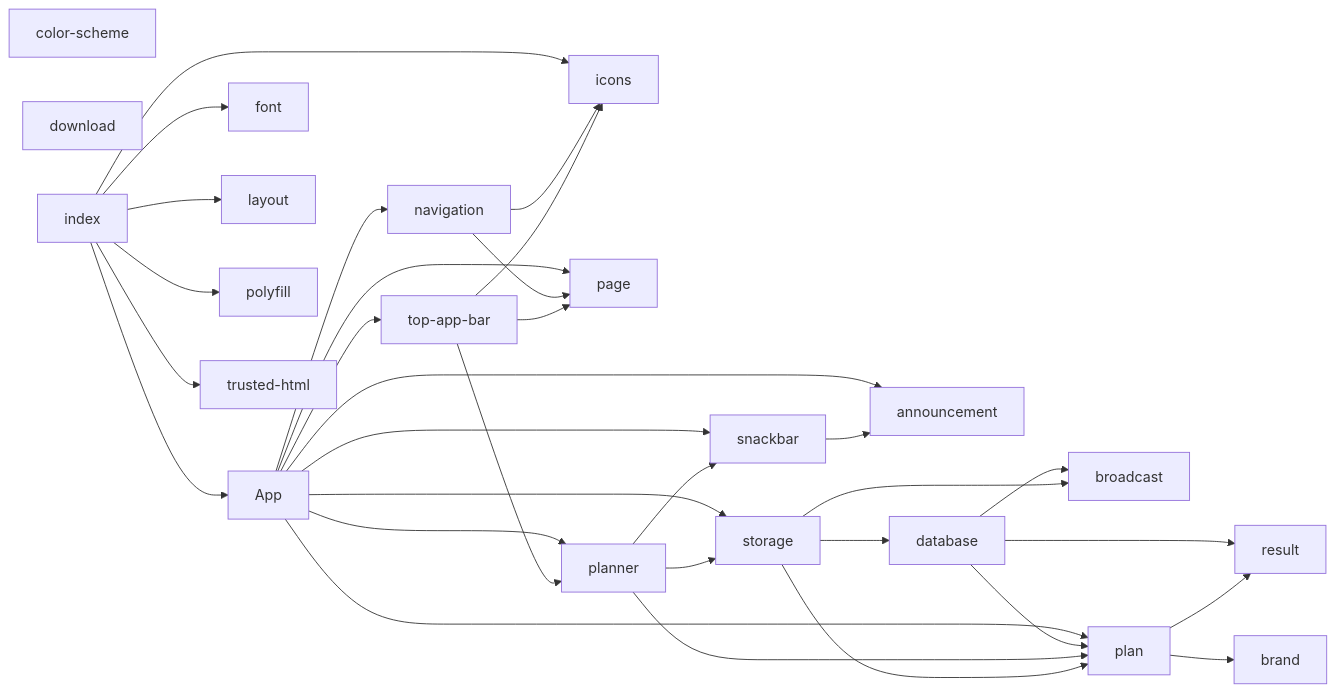
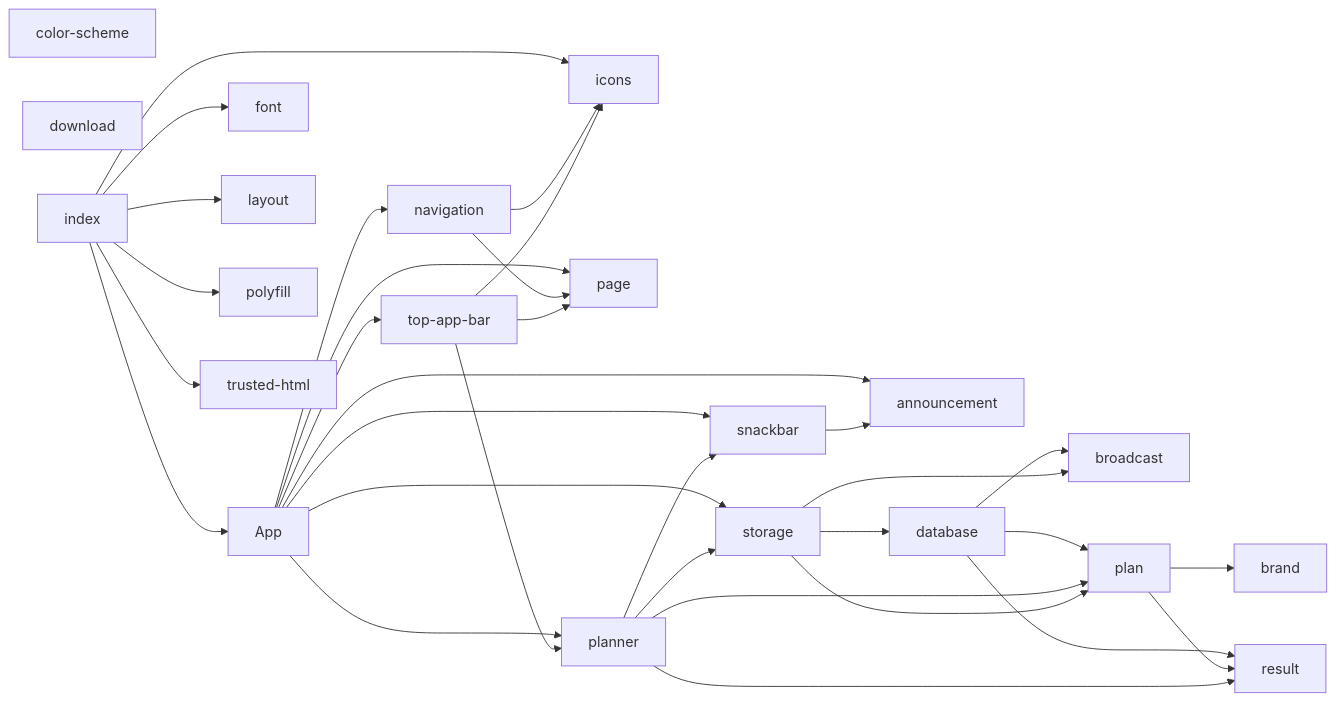
The diagram in docs/MODULES.md (SantaClaas/week-budget-planner), drawn with Mermaid before and after one commit. The commit also changed 3 other files, not shown here.

````diff
--- a/docs/MODULES.md
+++ b/docs/MODULES.md
@@ -9,55 +9,55 @@
 ```mermaid
 flowchart LR
   module_App["App"]
   module_announcement["announcement"]
   module_brand["brand"]
   module_broadcast["broadcast"]
   module_color_scheme["color-scheme"]
   module_database["database"]
   module_download["download"]
   module_font["font"]
   module_icons["icons"]
   module_index["index"]
   module_layout["layout"]
   module_navigation["navigation"]
   module_page["page"]
   module_plan["plan"]
   module_planner["planner"]
   module_polyfill["polyfill"]
   module_result["result"]
   module_snackbar["snackbar"]
   module_storage["storage"]
   module_top_app_bar["top-app-bar"]
   module_trusted_html["trusted-html"]
   module_App --> module_announcement
   module_App --> module_navigation
   module_App --> module_page
-  module_App --> module_plan
   module_App --> module_planner
   module_App --> module_snackbar
   module_App --> module_storage
   module_App --> module_top_app_bar
   module_database --> module_broadcast
   module_database --> module_plan
   module_database --> module_result
   module_index --> module_App
   module_index --> module_font
   module_index --> module_icons
   module_index --> module_layout
   module_index --> module_polyfill
   module_index --> module_trusted_html
   module_navigation --> module_icons
   module_navigation --> module_page
   module_plan --> module_brand
   module_plan --> module_result
   module_planner --> module_plan
+  module_planner --> module_result
   module_planner --> module_snackbar
   module_planner --> module_storage
   module_snackbar --> module_announcement
   module_storage --> module_broadcast
   module_storage --> module_database
   module_storage --> module_plan
   module_top_app_bar --> module_icons
   module_top_app_bar --> module_page
   module_top_app_bar --> module_planner
 ```
````
